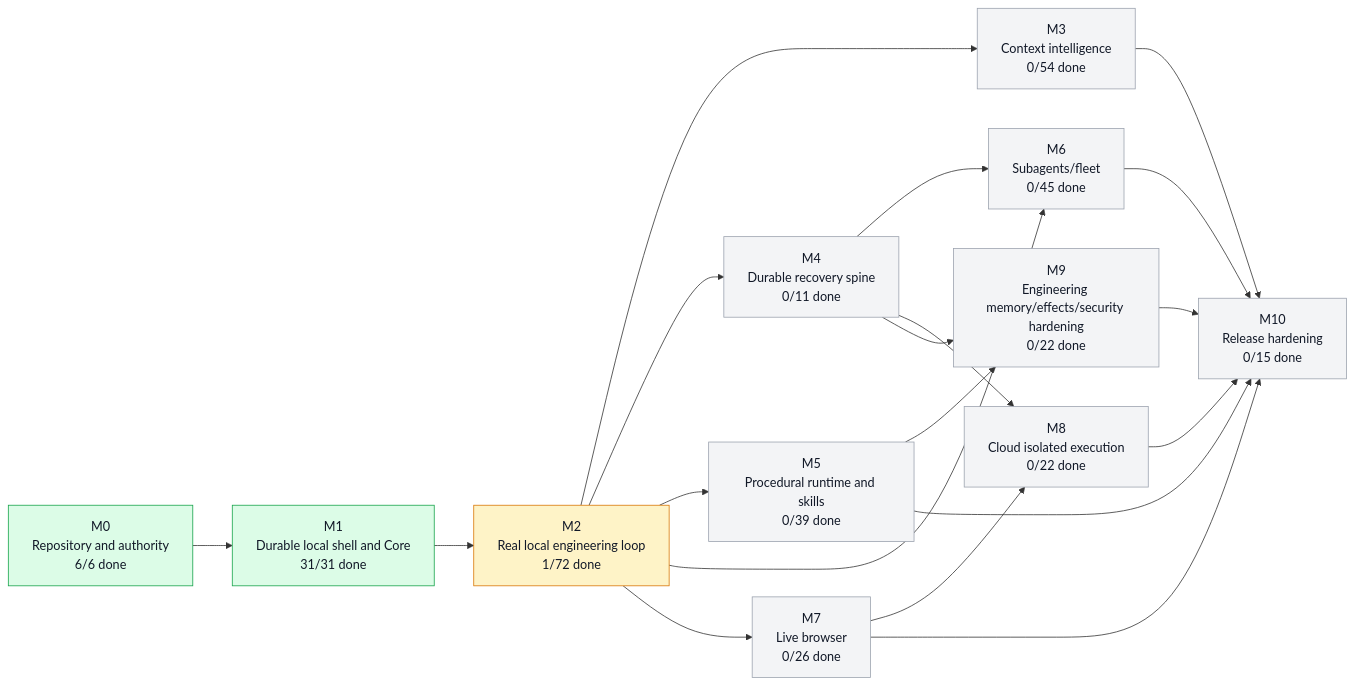
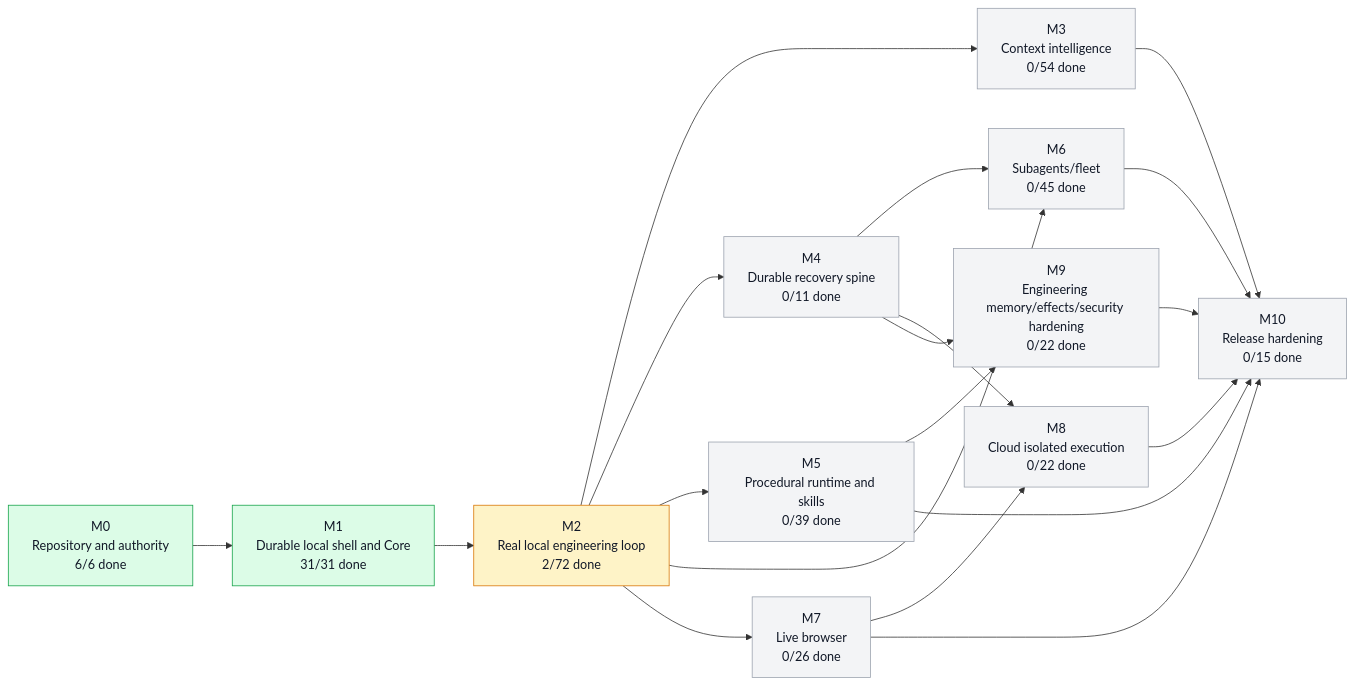
The first of 3 diagrams in graph/PROJECT_GRAPH.md (moss101/zmodbit), drawn with Mermaid before and after one commit. The commit also changed other lines of this file and 3 other files, not shown here.

````diff
--- a/graph/PROJECT_GRAPH.md
+++ b/graph/PROJECT_GRAPH.md
@@ -43,43 +43,43 @@
 ```mermaid
 flowchart LR
   M0["M0<br/>Repository and authority<br/>6/6 done"]
   M1["M1<br/>Durable local shell and Core<br/>31/31 done"]
-  M2["M2<br/>Real local engineering loop<br/>1/72 done"]
+  M2["M2<br/>Real local engineering loop<br/>2/72 done"]
   M3["M3<br/>Context intelligence<br/>0/54 done"]
   M4["M4<br/>Durable recovery spine<br/>0/11 done"]
   M5["M5<br/>Procedural runtime and skills<br/>0/39 done"]
   M6["M6<br/>Subagents/fleet<br/>0/45 done"]
   M7["M7<br/>Live browser<br/>0/26 done"]
   M8["M8<br/>Cloud isolated execution<br/>0/22 done"]
   M9["M9<br/>Engineering memory/effects/security hardening<br/>0/22 done"]
   M10["M10<br/>Release hardening<br/>0/15 done"]
   M0 --> M1
   M1 --> M2
   M2 --> M3
   M2 --> M4
   M2 --> M5
   M2 --> M6
   M4 --> M6
   M2 --> M7
   M4 --> M8
   M7 --> M8
   M4 --> M9
   M5 --> M9
   M3 --> M10
   M5 --> M10
   M6 --> M10
   M7 --> M10
   M8 --> M10
   M9 --> M10
   style M0 fill:#dcfce7,stroke:#16a34a,color:#111827
   style M1 fill:#dcfce7,stroke:#16a34a,color:#111827
   style M2 fill:#fef3c7,stroke:#d97706,color:#111827
   style M3 fill:#f3f4f6,stroke:#9ca3af,color:#111827
   style M4 fill:#f3f4f6,stroke:#9ca3af,color:#111827
   style M5 fill:#f3f4f6,stroke:#9ca3af,color:#111827
   style M6 fill:#f3f4f6,stroke:#9ca3af,color:#111827
   style M7 fill:#f3f4f6,stroke:#9ca3af,color:#111827
   style M8 fill:#f3f4f6,stroke:#9ca3af,color:#111827
   style M9 fill:#f3f4f6,stroke:#9ca3af,color:#111827
   style M10 fill:#f3f4f6,stroke:#9ca3af,color:#111827
 ```
````
